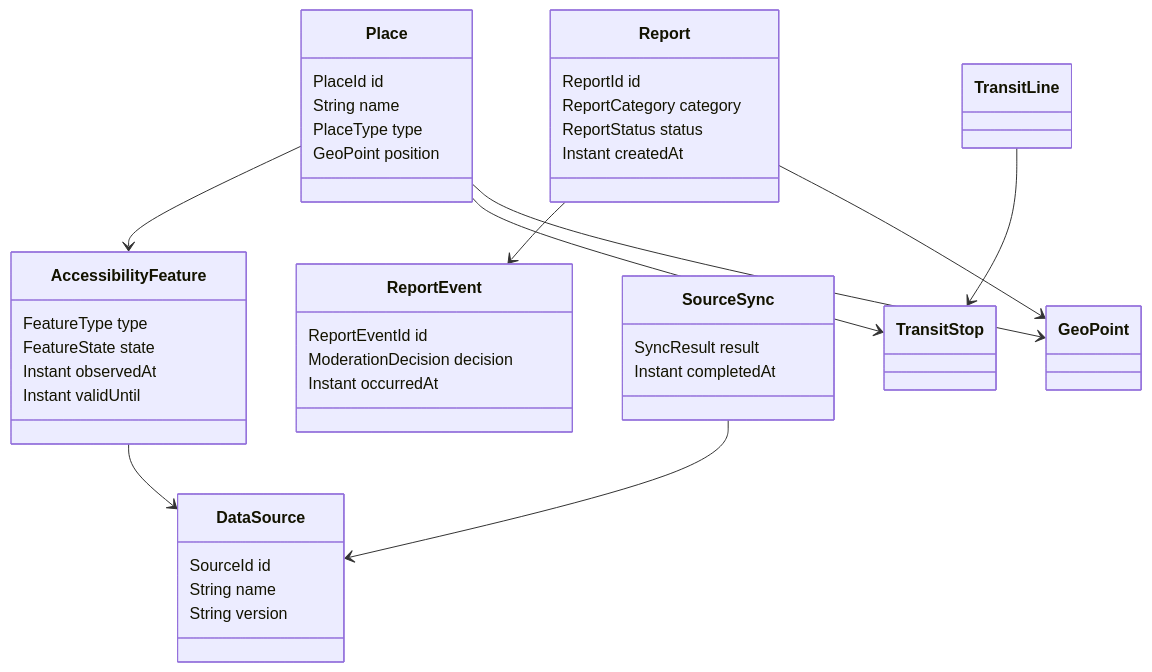
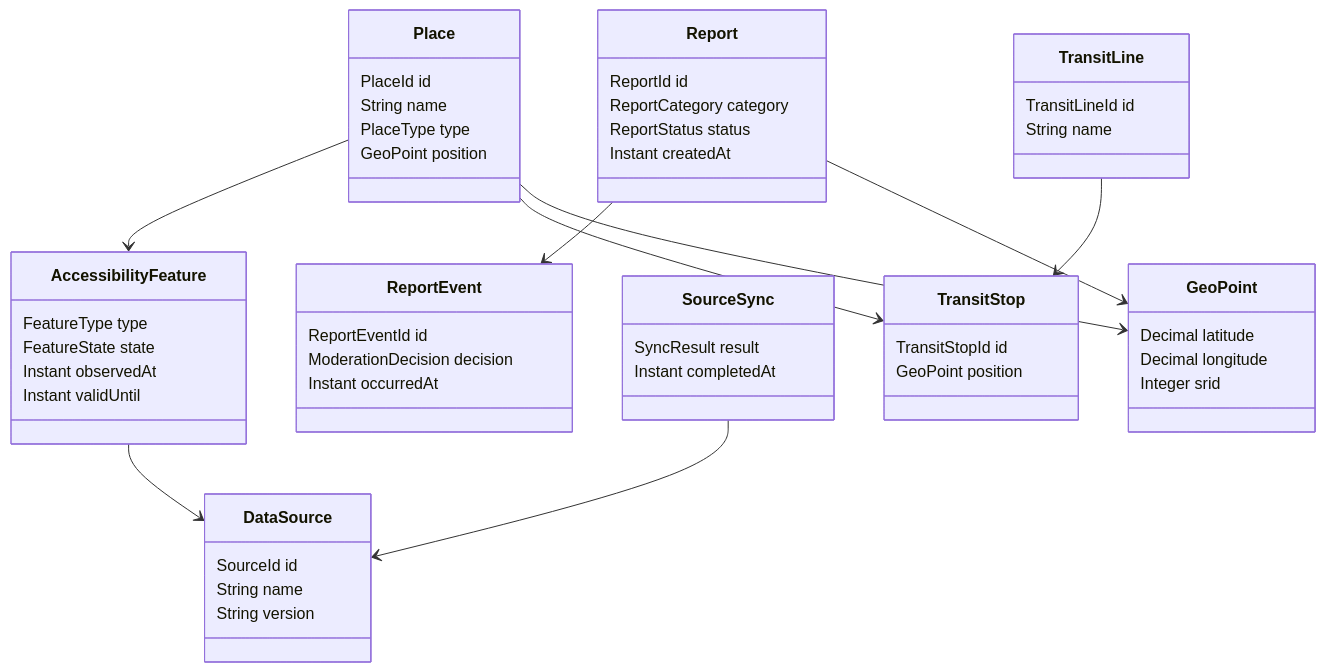
One commit to andreaplini/aegis changed the second of 8 diagrams in docs/RAD.md. Above: the diagram before and after it, drawn with Mermaid. The commit also changed other lines of this file and 4 other files, not shown here.

Commit message:
docs: apply documentation sprint roadmap

````diff
--- a/docs/RAD.md
+++ b/docs/RAD.md
@@ -272,43 +284,56 @@
 ```mermaid
 classDiagram
   class Place {
     PlaceId id
     String name
     PlaceType type
     GeoPoint position
   }
   class AccessibilityFeature {
     FeatureType type
     FeatureState state
     Instant observedAt
     Instant validUntil
   }
   class Report {
     ReportId id
     ReportCategory category
     ReportStatus status
     Instant createdAt
   }
   class ReportEvent {
     ReportEventId id
     ModerationDecision decision
     Instant occurredAt
   }
   class DataSource {
     SourceId id
     String name
     String version
   }
   class SourceSync {
     SyncResult result
     Instant completedAt
   }
+  class TransitLine {
+    TransitLineId id
+    String name
+  }
+  class TransitStop {
+    TransitStopId id
+    GeoPoint position
+  }
+  class GeoPoint {
+    Decimal latitude
+    Decimal longitude
+    Integer srid
+  }
   Place --> AccessibilityFeature
   Place --> TransitStop
   TransitLine --> TransitStop
   Report --> ReportEvent
   Report --> GeoPoint
   Place --> GeoPoint
   AccessibilityFeature --> DataSource
   SourceSync --> DataSource
 ```
````
